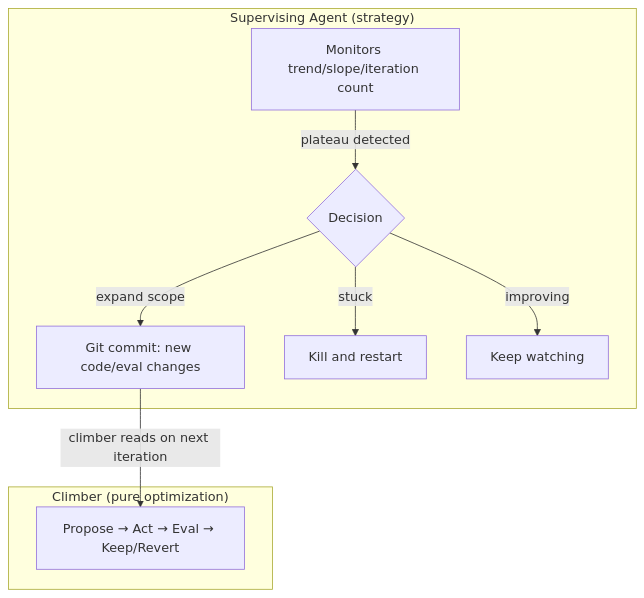
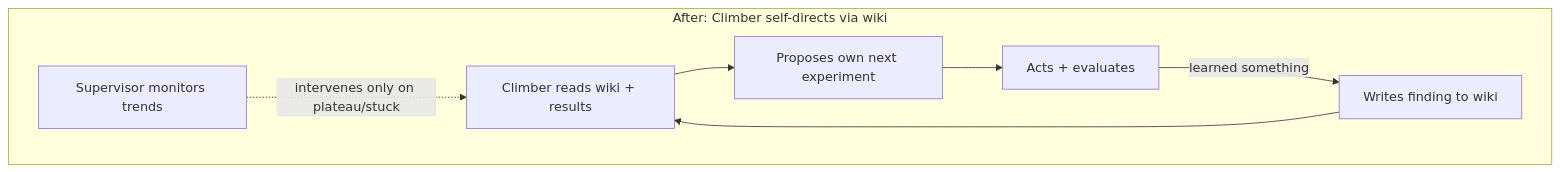
Before and after one commit to tkellogg/tkellogg.github.com: the fifth of 5 diagrams in _posts/2026-04-12-agents-create-work.md, drawn with Mermaid. The commit also changed other lines of this file, not shown here.

First line of the commit message:
fix hill climber section: show wiki as autonomy shift, not just memory

````diff
--- a/_posts/2026-04-12-agents-create-work.md
+++ b/_posts/2026-04-12-agents-create-work.md
@@ -179,14 +195,10 @@
 ```mermaid
 graph TD
-    subgraph "Supervising Agent (strategy)"
-        S[Monitors trend/slope/iteration count]
-        S -->|plateau detected| D{Decision}
-        D -->|expand scope| G[Git commit: new code/eval changes]
-        D -->|stuck| K[Kill and restart]
-        D -->|improving| W[Keep watching]
-    end
-    G -->|"climber reads on next iteration"| C
-    subgraph "Climber (pure optimization)"
-        C[Propose → Act → Eval → Keep/Revert]
+    subgraph "After: Climber self-directs via wiki"
+        C2[Climber reads wiki + results] --> P[Proposes own next experiment]
+        P --> A[Acts + evaluates]
+        A -->|learned something| W[Writes finding to wiki]
+        W --> C2
+        S2[Supervisor monitors trends] -.->|intervenes only on plateau/stuck| C2
     end
 ```
````
